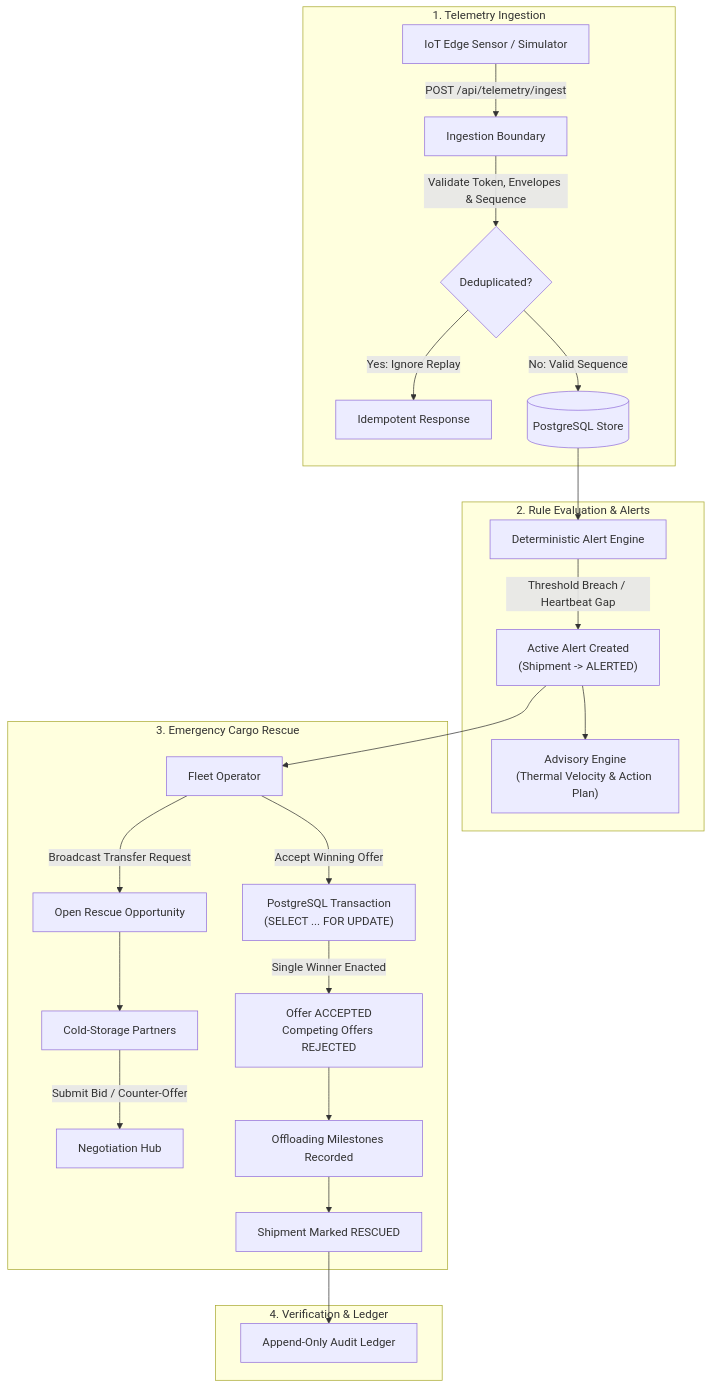
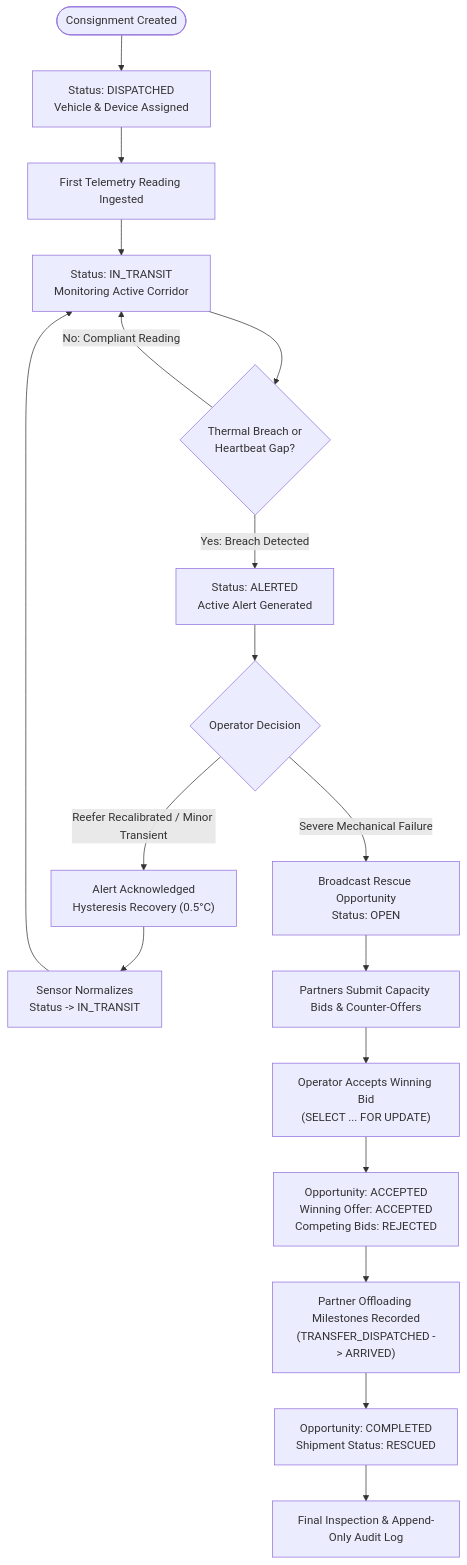
One commit to Kenkei69/Annapurna-Rebuilt changed the second of 9 diagrams in README.md. Above: the diagram before and after it, drawn with Mermaid. The commit also changed other lines of this file and 1 other file, not shown here.

First line of the commit message:
docs: upgrade README with comprehensive operational guides, workflows, and architecture

````diff
--- a/README.md
+++ b/README.md
@@ -35,30 +183,24 @@
 ```mermaid
 flowchart TD
-    subgraph Ingestion["1. Telemetry Ingestion"]
-        Sensor["IoT Edge Sensor / Simulator"] -->|POST /api/telemetry/ingest| Gateway["Ingestion Boundary"]
-        Gateway -->|Validate Token, Envelopes & Sequence| Dedup{"Deduplicated?"}
-        Dedup -->|Yes: Ignore Replay| Drop["Idempotent Response"]
-        Dedup -->|No: Valid Sequence| DB[("PostgreSQL Store")]
-    end
-
-    subgraph Evaluation["2. Rule Evaluation & Alerts"]
-        DB --> RuleEngine["Deterministic Alert Engine"]
-        RuleEngine -->|Threshold Breach / Heartbeat Gap| Alert["Active Alert Created\n(Shipment -> ALERTED)"]
-        Alert --> Advisory["Advisory Engine\n(Thermal Velocity & Action Plan)"]
-    end
-
-    subgraph Rescue["3. Emergency Cargo Rescue"]
-        Alert --> Operator["Fleet Operator"]
-        Operator -->|Broadcast Transfer Request| Opportunity["Open Rescue Opportunity"]
-        Opportunity --> Partners["Cold-Storage Partners"]
-        Partners -->|Submit Bid / Counter-Offer| Negotiation["Negotiation Hub"]
-        Operator -->|Accept Winning Offer| TxAccept["PostgreSQL Transaction\n(SELECT ... FOR UPDATE)"]
-        TxAccept -->|Single Winner Enacted| Winner["Offer ACCEPTED\nCompeting Offers REJECTED"]
-        Winner --> Transfer["Offloading Milestones Recorded"]
-        Transfer --> Rescued["Shipment Marked RESCUED"]
-    end
-
-    subgraph Audit["4. Verification & Ledger"]
-        Rescued --> AuditLog["Append-Only Audit Ledger"]
-    end
+    Start([Consignment Created]) --> Dispatched["Status: DISPATCHED\nVehicle & Device Assigned"]
+    Dispatched --> FirstPacket["First Telemetry Reading Ingested"]
+    FirstPacket --> InTransit["Status: IN_TRANSIT\nMonitoring Active Corridor"]
+    
+    InTransit --> SensorCheck{"Thermal Breach or\nHeartbeat Gap?"}
+    SensorCheck -->|No: Compliant Reading| InTransit
+    SensorCheck -->|Yes: Breach Detected| AlertTriggered["Status: ALERTED\nActive Alert Generated"]
+    
+    AlertTriggered --> OperatorAction{"Operator Decision"}
+    OperatorAction -->|Reefer Recalibrated / Minor Transient| AckOnly["Alert Acknowledged\nHysteresis Recovery (0.5°C)"]
+    AckOnly --> Recovered["Sensor Normalizes\nStatus -> IN_TRANSIT"]
+    Recovered --> InTransit
+    
+    OperatorAction -->|Severe Mechanical Failure| Broadcast["Broadcast Rescue Opportunity\nStatus: OPEN"]
+    Broadcast --> Bidding["Partners Submit Capacity Bids & Counter-Offers"]
+    Bidding --> AcceptOffer["Operator Accepts Winning Bid\n(SELECT ... FOR UPDATE)"]
+    
+    AcceptOffer --> Enacted["Opportunity: ACCEPTED\nWinning Offer: ACCEPTED\nCompeting Bids: REJECTED"]
+    Enacted --> Handover["Partner Offloading Milestones Recorded\n(TRANSFER_DISPATCHED -> ARRIVED)"]
+    Handover --> RescueComplete["Opportunity: COMPLETED\nShipment Status: RESCUED"]
+    RescueComplete --> AuditVerification["Final Inspection & Append-Only Audit Log"]
 ```
````
